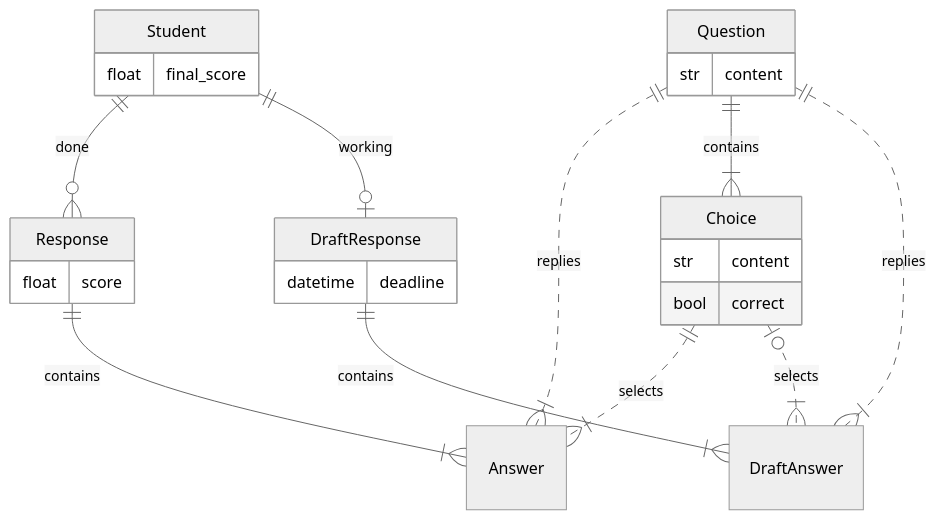
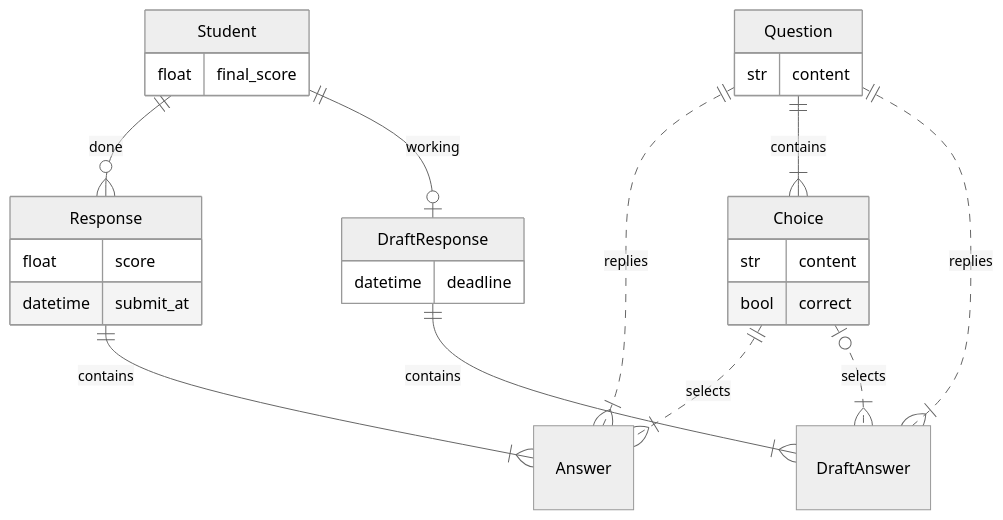
Before and after one commit to BITNP/contest-bitnp: the diagram in doc/models.md, drawn with Mermaid (neutral theme). The commit also changed 8 other files, not shown here.

````diff
--- a/doc/models.md
+++ b/doc/models.md
@@ -3,35 +3,36 @@
 ```mermaid
 erDiagram
     Student {
         float final_score
     }
 
 
     Response ||--|{ Answer: contains
     Response {
         float score
+        datetime submit_at
     }
     Question ||..|{ Answer: replies
     Choice ||..|{ Answer: selects
 
     Student ||--o{ Response: done
 
 
     Question {
         str content
     }
     Choice {
         str content
         bool correct
     }
     Question ||--|{ Choice: contains
 
     DraftResponse ||--|{ DraftAnswer: contains
     DraftResponse {
         datetime deadline
     }
     Question ||..|{ DraftAnswer: replies
     Choice o|..|{ DraftAnswer: selects
 
     Student ||--o| DraftResponse: working
 ```
````
